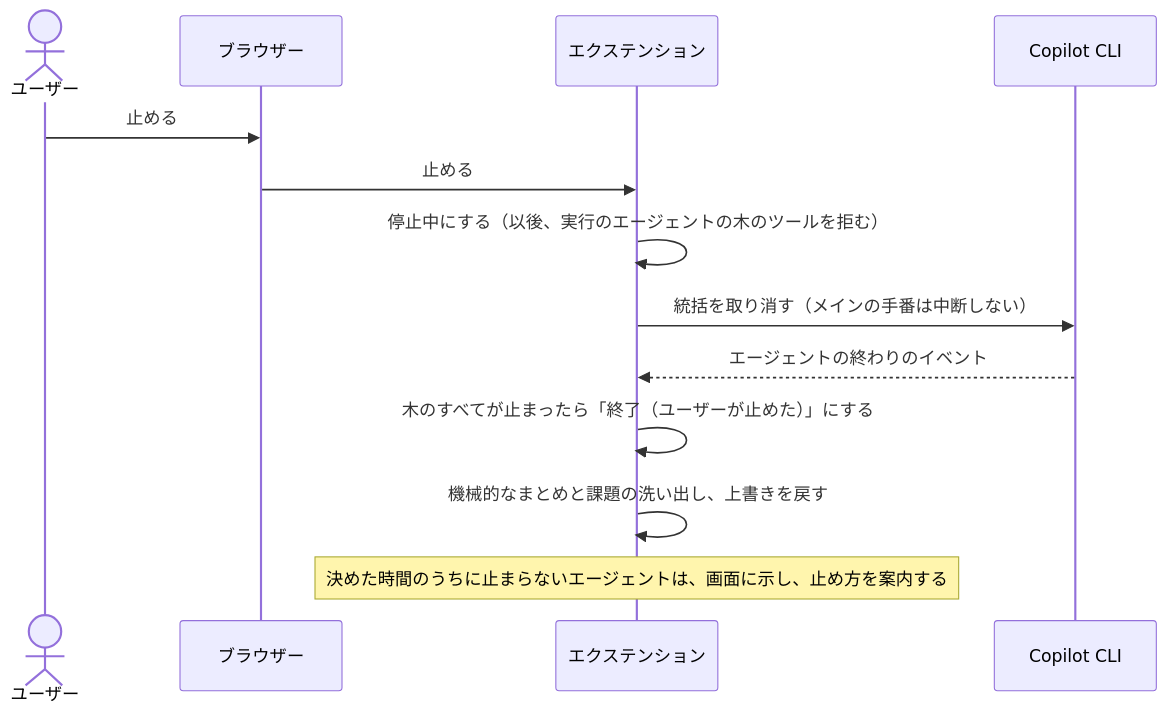
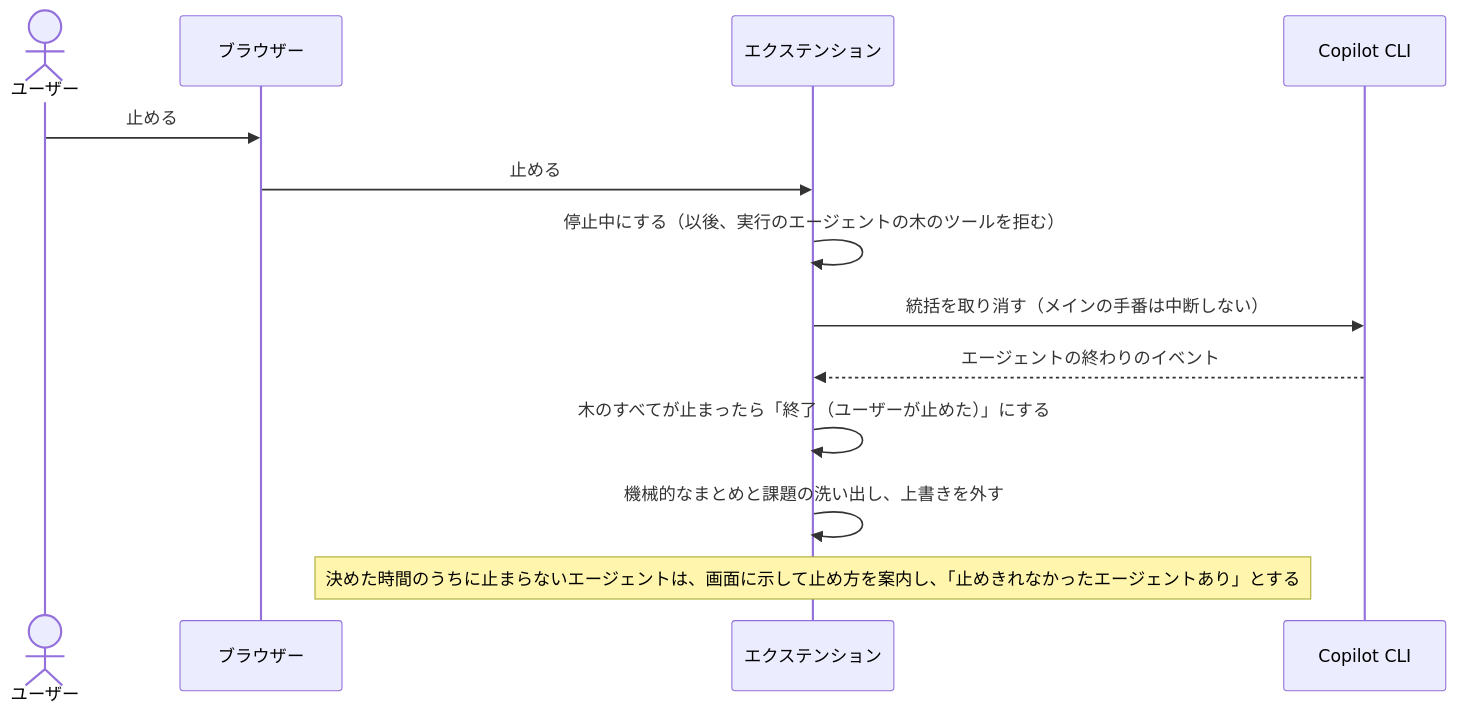
Before and after one commit to imaeda-hub/plugin-creater: the third of 4 diagrams in docs/design/generated-plugin-structure.md, drawn with Mermaid. The commit also changed other lines of this file and 2 other files, not shown here.

````diff
--- a/docs/design/generated-plugin-structure.md
+++ b/docs/design/generated-plugin-structure.md
@@ -367,16 +329,16 @@
 ```mermaid
 sequenceDiagram
   actor U as ユーザー
   participant B as ブラウザー
   participant E as エクステンション
   participant C as Copilot CLI
 
   U->>B: 止める
   B->>E: 止める
   E->>E: 停止中にする（以後、実行のエージェントの木のツールを拒む）
   E->>C: 統括を取り消す（メインの手番は中断しない）
   C-->>E: エージェントの終わりのイベント
   E->>E: 木のすべてが止まったら「終了（ユーザーが止めた）」にする
-  E->>E: 機械的なまとめと課題の洗い出し、上書きを戻す
-  Note over E: 決めた時間のうちに止まらないエージェントは、画面に示し、止め方を案内する
+  E->>E: 機械的なまとめと課題の洗い出し、上書きを外す
+  Note over E: 決めた時間のうちに止まらないエージェントは、画面に示して止め方を案内し、「止めきれなかったエージェントあり」とする
 ```
````
